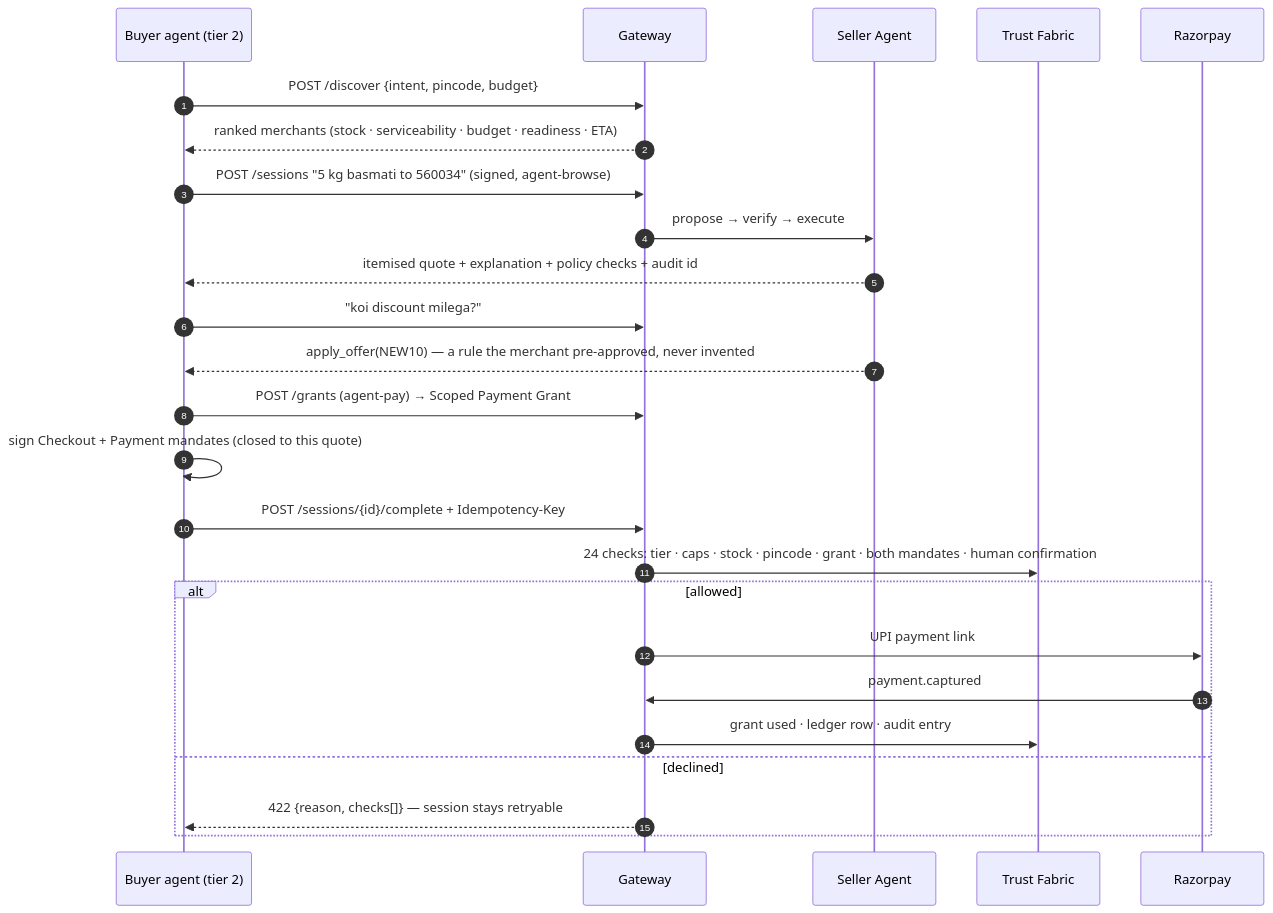
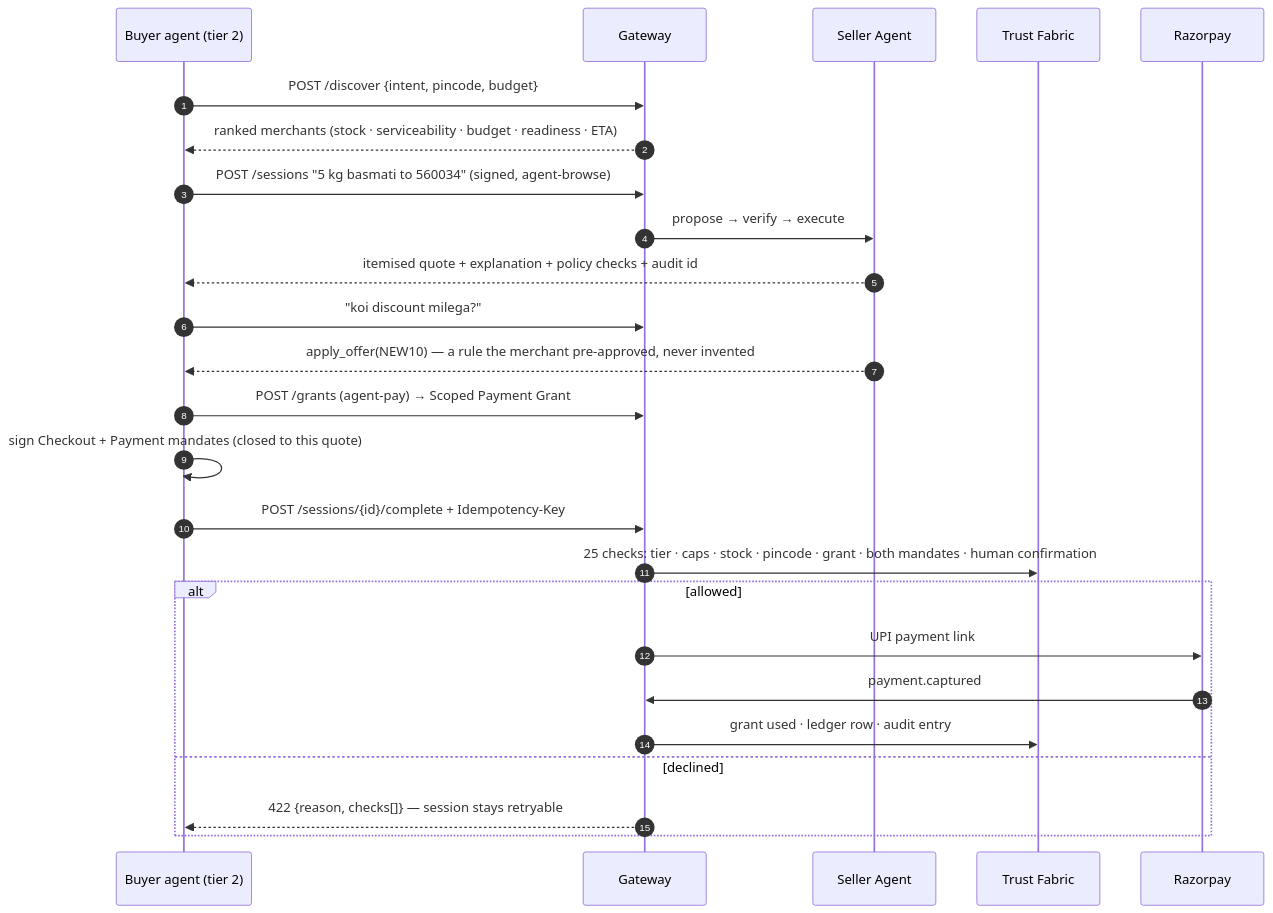
The second of 5 diagrams in README.md (abhay-codes07/bazaar), drawn with Mermaid before and after one commit. The commit also changed other lines of this file and 28 other files, not shown here.

````diff
--- a/README.md
+++ b/README.md
@@ -59,27 +59,27 @@
 ```mermaid
 sequenceDiagram
   autonumber
   participant B as Buyer agent (tier 2)
   participant G as Gateway
   participant S as Seller Agent
   participant T as Trust Fabric
   participant R as Razorpay
   B->>G: POST /discover {intent, pincode, budget}
   G-->>B: ranked merchants (stock · serviceability · budget · readiness · ETA)
   B->>G: POST /sessions "5 kg basmati to 560034" (signed, agent-browse)
   G->>S: propose → verify → execute
   S-->>B: itemised quote + explanation + policy checks + audit id
   B->>G: "koi discount milega?"
   S-->>B: apply_offer(NEW10) — a rule the merchant pre-approved, never invented
   B->>G: POST /grants (agent-pay) → Scoped Payment Grant
   B->>B: sign Checkout + Payment mandates (closed to this quote)
   B->>G: POST /sessions/{id}/complete + Idempotency-Key
-  G->>T: 24 checks: tier · caps · stock · pincode · grant · both mandates · human confirmation
+  G->>T: 25 checks: tier · caps · stock · pincode · grant · both mandates · human confirmation
   alt allowed
     G->>R: UPI payment link
     R->>G: payment.captured
     G->>T: grant used · ledger row · audit entry
   else declined
     G-->>B: 422 {reason, checks[]} — session stays retryable
   end
 ```
````
